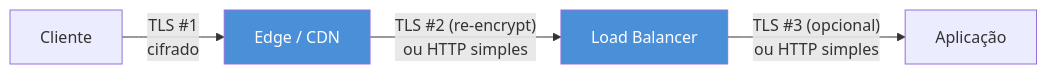
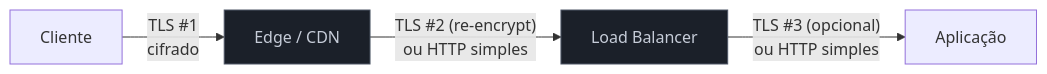
The second of 2 diagrams in 03-Dominios/Tecnologia/Cloud/10 - DNS, CDN e borda/04 - TLS e certificados na borda.md (josenaldo/codex-technomanticus), drawn with Mermaid before and after one commit. The commit also changed 1181 other files, not shown here.

First line of the commit message:
fix(diagramas): paleta do sistema no lugar de cor cravada no markdown

````diff
--- a/03-Dominios/Tecnologia/Cloud/10 - DNS, CDN e borda/04 - TLS e certificados na borda.md
+++ b/03-Dominios/Tecnologia/Cloud/10 - DNS, CDN e borda/04 - TLS e certificados na borda.md
@@ -88,9 +88,10 @@
 ```mermaid
 flowchart LR
+    classDef neutro fill:#1B2029,stroke:#4E5666,color:#C6CCD8
     C[Cliente] -->|"TLS #1<br/>cifrado"| E[Edge / CDN]
     E -->|"TLS #2 (re-encrypt)<br/>ou HTTP simples"| L[Load Balancer]
     L -->|"TLS #3 (opcional)<br/>ou HTTP simples"| A[Aplicação]
 
-    style E fill:#4A90D9,color:#fff
-    style L fill:#4A90D9,color:#fff
+    class E neutro
+    class L neutro
 ```
````
